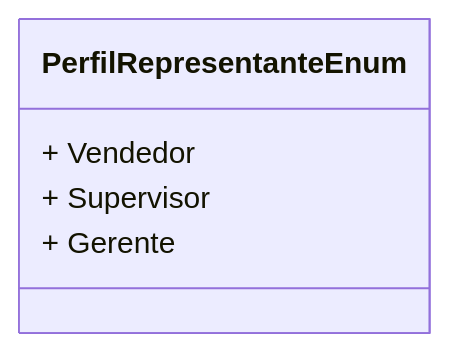
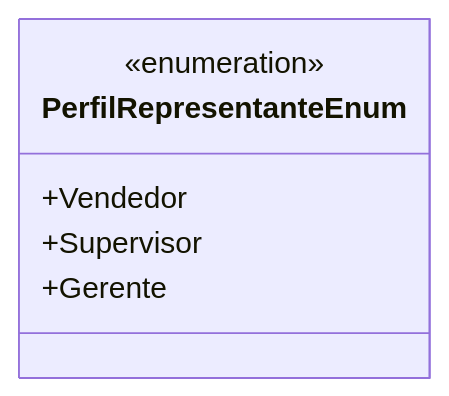
The diagram in docs/b2b-dominio/IsthmusWinthor.Nucleo/IsthmusWinthor.Dominio/Enumeradores/PerfilRepresentanteEnum.md (IsthmusSistemas/documentacao-tecnica), drawn with Mermaid before and after one commit. The commit also changed other lines of this file and 882 other files, not shown here.

````diff
--- a/docs/b2b-dominio/IsthmusWinthor.Nucleo/IsthmusWinthor.Dominio/Enumeradores/PerfilRepresentanteEnum.md
+++ b/docs/b2b-dominio/IsthmusWinthor.Nucleo/IsthmusWinthor.Dominio/Enumeradores/PerfilRepresentanteEnum.md
@@ -18,8 +12,9 @@
 ```mermaid
 classDiagram
     class PerfilRepresentanteEnum {
-        + Vendedor
-        + Supervisor
-        + Gerente
+        <<enumeration>>
+        +Vendedor
+        +Supervisor
+        +Gerente
     }
 ```
````
